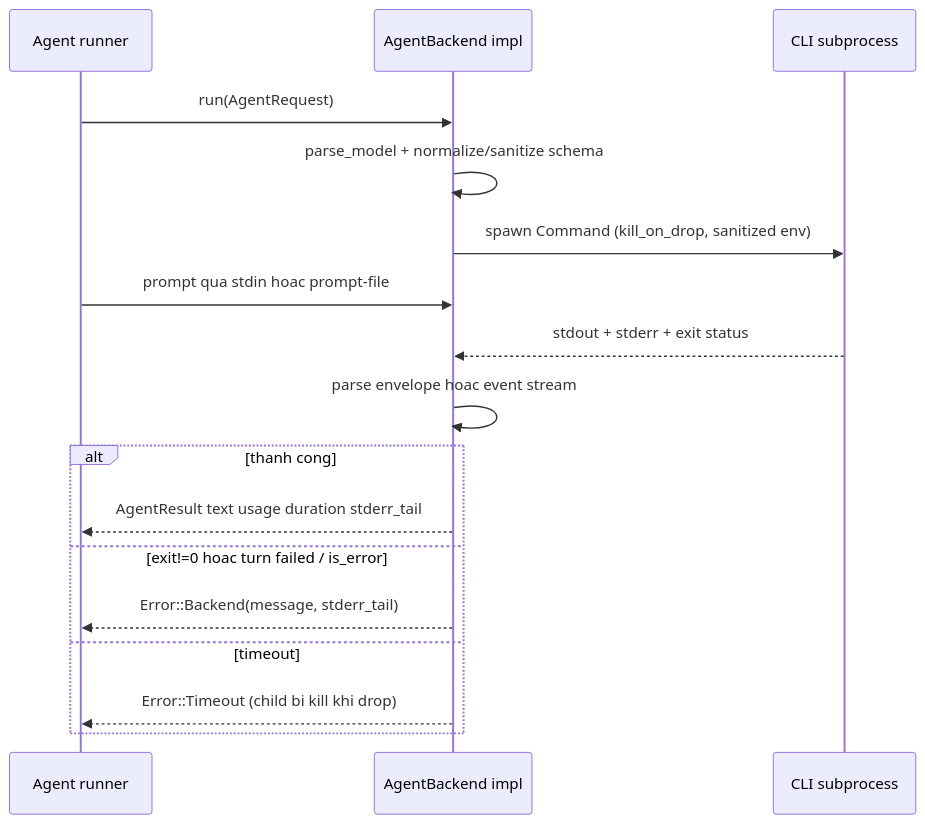
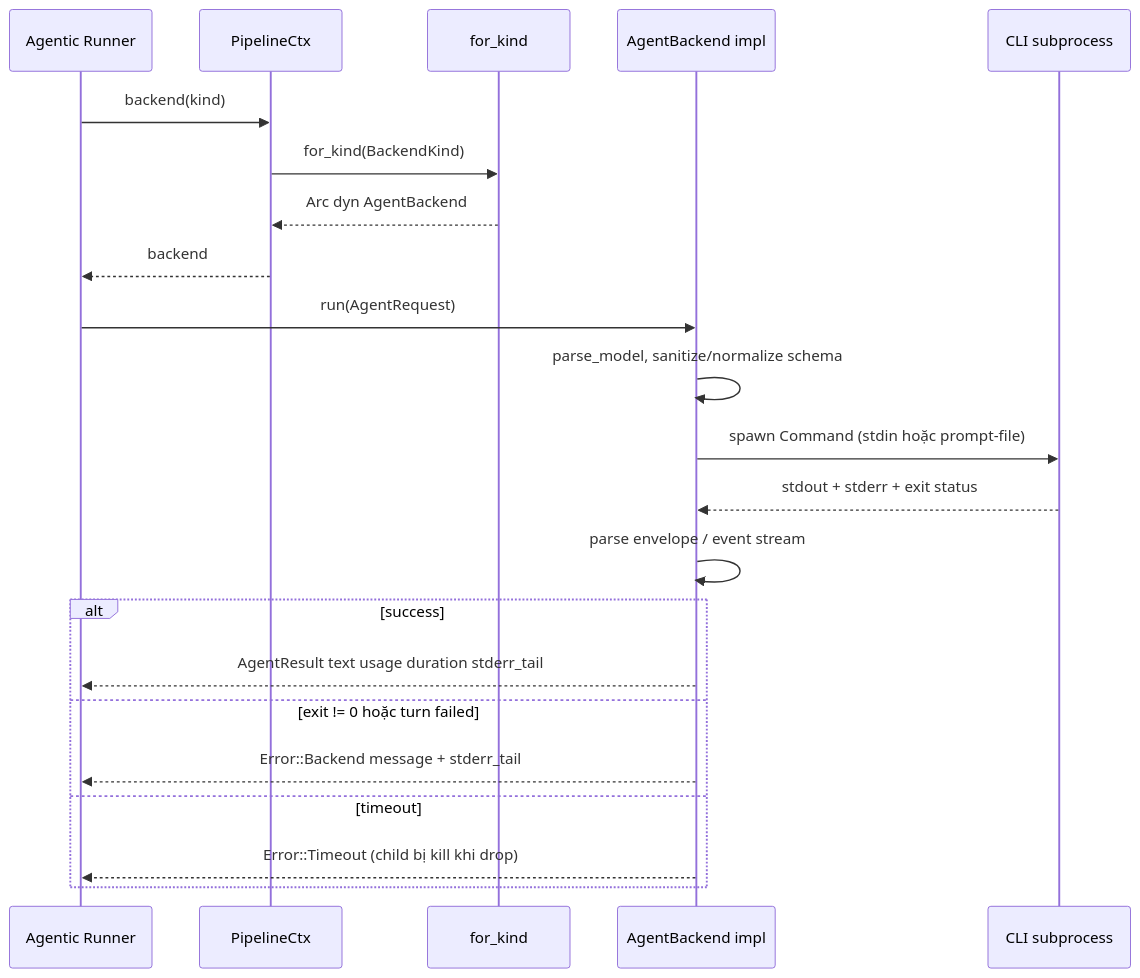
One commit to tidusvn05/agentwiki changed the second of 2 diagrams in docs/vi/4.Deep-Exploration/Agent Backend Integration.md. Above: the diagram before and after it, drawn with Mermaid. The commit also changed other lines of this file and 10 other files, not shown here.

````diff
--- a/docs/vi/4.Deep-Exploration/Agent Backend Integration.md
+++ b/docs/vi/4.Deep-Exploration/Agent Backend Integration.md
@@ -79,19 +82,24 @@
 ```mermaid
 sequenceDiagram
-    participant R as Agent runner
+    participant R as Agentic Runner
+    participant C as PipelineCtx
+    participant F as for_kind
     participant B as AgentBackend impl
     participant S as CLI subprocess
+    R->>C: backend(kind)
+    C->>F: for_kind(BackendKind)
+    F-->>C: Arc dyn AgentBackend
+    C-->>R: backend
     R->>B: run(AgentRequest)
-    B->>B: parse_model + normalize/sanitize schema
-    B->>S: spawn Command (kill_on_drop, sanitized env)
-    R->>B: prompt qua stdin hoac prompt-file
+    B->>B: parse_model, sanitize/normalize schema
+    B->>S: spawn Command (stdin hoặc prompt-file)
     S-->>B: stdout + stderr + exit status
-    B->>B: parse envelope hoac event stream
-    alt thanh cong
+    B->>B: parse envelope / event stream
+    alt success
         B-->>R: AgentResult text usage duration stderr_tail
-    else exit!=0 hoac turn failed / is_error
-        B-->>R: Error::Backend(message, stderr_tail)
+    else exit != 0 hoặc turn failed
+        B-->>R: Error::Backend message + stderr_tail
     else timeout
-        B-->>R: Error::Timeout (child bi kill khi drop)
+        B-->>R: Error::Timeout (child bị kill khi drop)
     end
 ```
````
